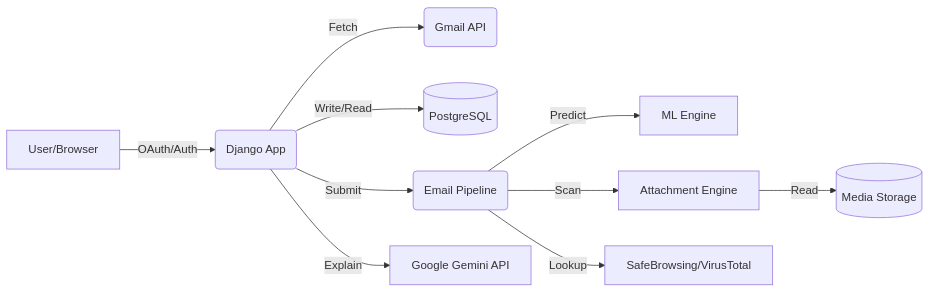
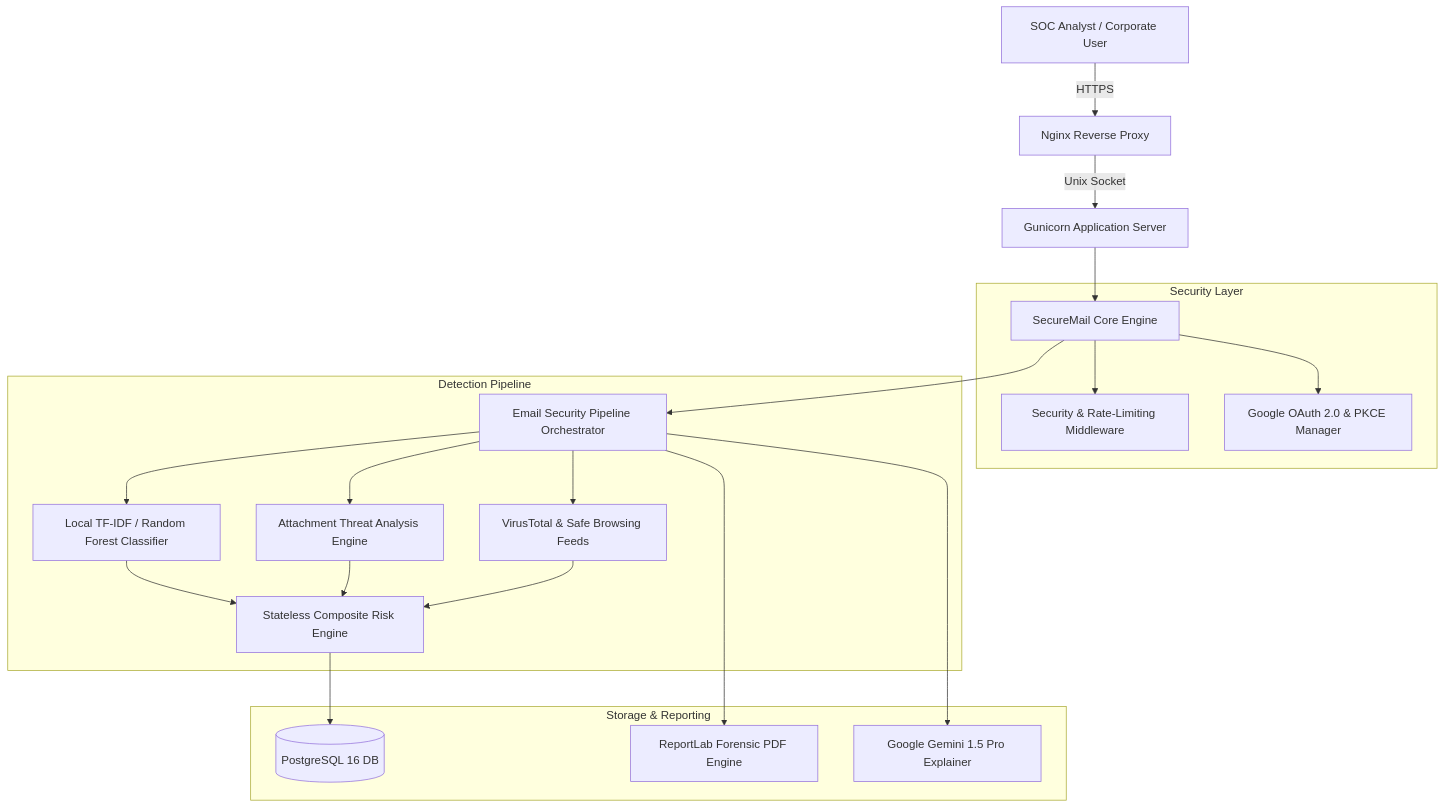
The first of 2 diagrams in SECUREMAIL_MASTER_DOCUMENTATION.md (YuvrajSingh-21/SecureMail), drawn with Mermaid before and after one commit. The commit also changed other lines of this file and 85 other files, not shown here.

````diff
--- a/SECUREMAIL_MASTER_DOCUMENTATION.md
+++ b/SECUREMAIL_MASTER_DOCUMENTATION.md
@@ -16,12 +75,28 @@
 ```mermaid
-graph LR
-    User[User/Browser] --> |OAuth/Auth| Django(Django App)
-    Django --> |Fetch| Gmail(Gmail API)
-    Django --> |Write/Read| DB[(PostgreSQL)]
-    Django --> |Submit| Pipeline(Email Pipeline)
-    Pipeline --> |Predict| ML[ML Engine]
-    Pipeline --> |Scan| ATAE[Attachment Engine]
-    Pipeline --> |Lookup| URL[SafeBrowsing/VirusTotal]
-    ATAE --> |Read| Media[(Media Storage)]
-    Django --> |Explain| Gemini[Google Gemini API]
+graph TB
+    Client[SOC Analyst / Corporate User] -->|HTTPS| Nginx[Nginx Reverse Proxy]
+    Nginx -->|Unix Socket| Gunicorn[Gunicorn Application Server]
+    Gunicorn --> DjangoCore[SecureMail Core Engine]
+
+    subgraph Security Layer
+        DjangoCore --> SecMW[Security & Rate-Limiting Middleware]
+        DjangoCore --> AuthEngine[Google OAuth 2.0 & PKCE Manager]
+    end
+
+    subgraph Detection Pipeline
+        DjangoCore --> Pipeline[Email Security Pipeline Orchestrator]
+        Pipeline --> ML[Local TF-IDF / Random Forest Classifier]
+        Pipeline --> ATAE[Attachment Threat Analysis Engine]
+        Pipeline --> Intel[VirusTotal & Safe Browsing Feeds]
+        
+        ML --> RiskEngine[Stateless Composite Risk Engine]
+        ATAE --> RiskEngine
+        Intel --> RiskEngine
+    end
+
+    subgraph Storage & Reporting
+        RiskEngine --> Postgres[(PostgreSQL 16 DB)]
+        Pipeline --> PDFGen[ReportLab Forensic PDF Engine]
+        Pipeline --> Gemini[Google Gemini 1.5 Pro Explainer]
+    end
 ```
````
